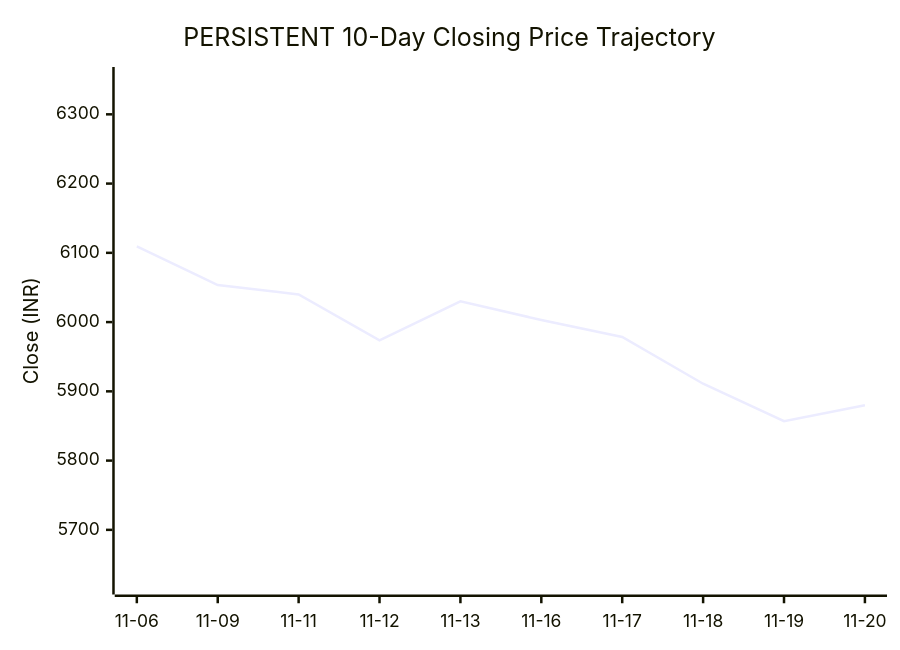
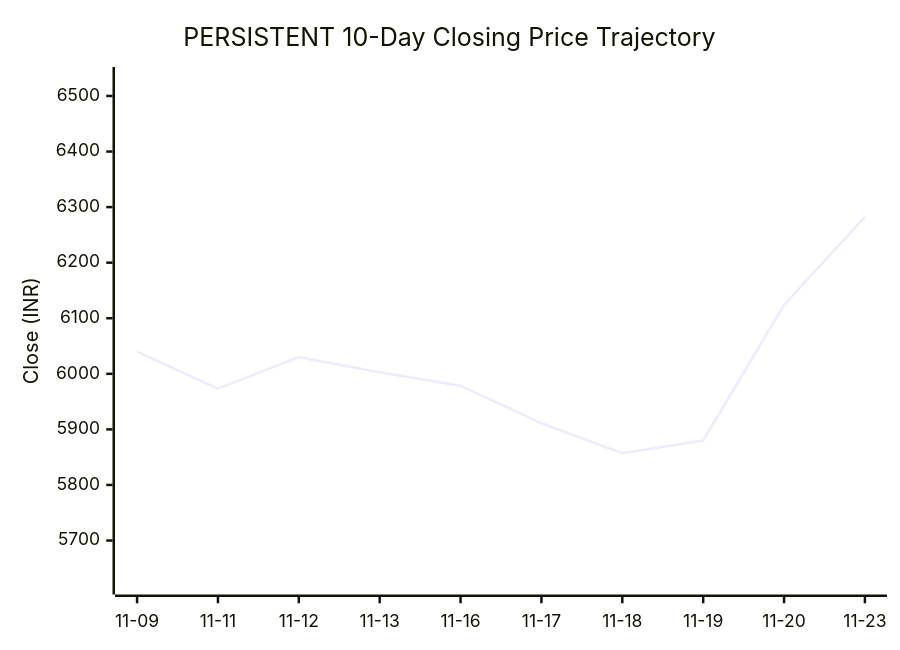
Before and after one commit to purnareddy9/dev: the second of 3 diagrams in market-intelligence/stocks/PERSISTENT/README.md, drawn with Mermaid. The commit also changed other lines of this file and 4 other files, not shown here.

````diff
--- a/market-intelligence/stocks/PERSISTENT/README.md
+++ b/market-intelligence/stocks/PERSISTENT/README.md
@@ -95,7 +95,7 @@
 ```mermaid
 xychart-beta
     title "PERSISTENT 10-Day Closing Price Trajectory"
-    x-axis ["11-06", "11-09", "11-11", "11-12", "11-13", "11-16", "11-17", "11-18", "11-19", "11-20"]
-    y-axis "Close (INR)" 5622 --> 6353
-    line [6109.5, 6053.5, 6040.0, 5973.5, 6030.0, 6003.0, 5978.5, 5911.0, 5857.0, 5880.0]
+    x-axis ["11-09", "11-11", "11-12", "11-13", "11-16", "11-17", "11-18", "11-19", "11-20", "11-23"]
+    y-axis "Close (INR)" 5622 --> 6533
+    line [6040.0, 5973.5, 6030.0, 6003.0, 5978.5, 5911.0, 5857.0, 5880.0, 6124.0, 6282.5]
 ```
````
